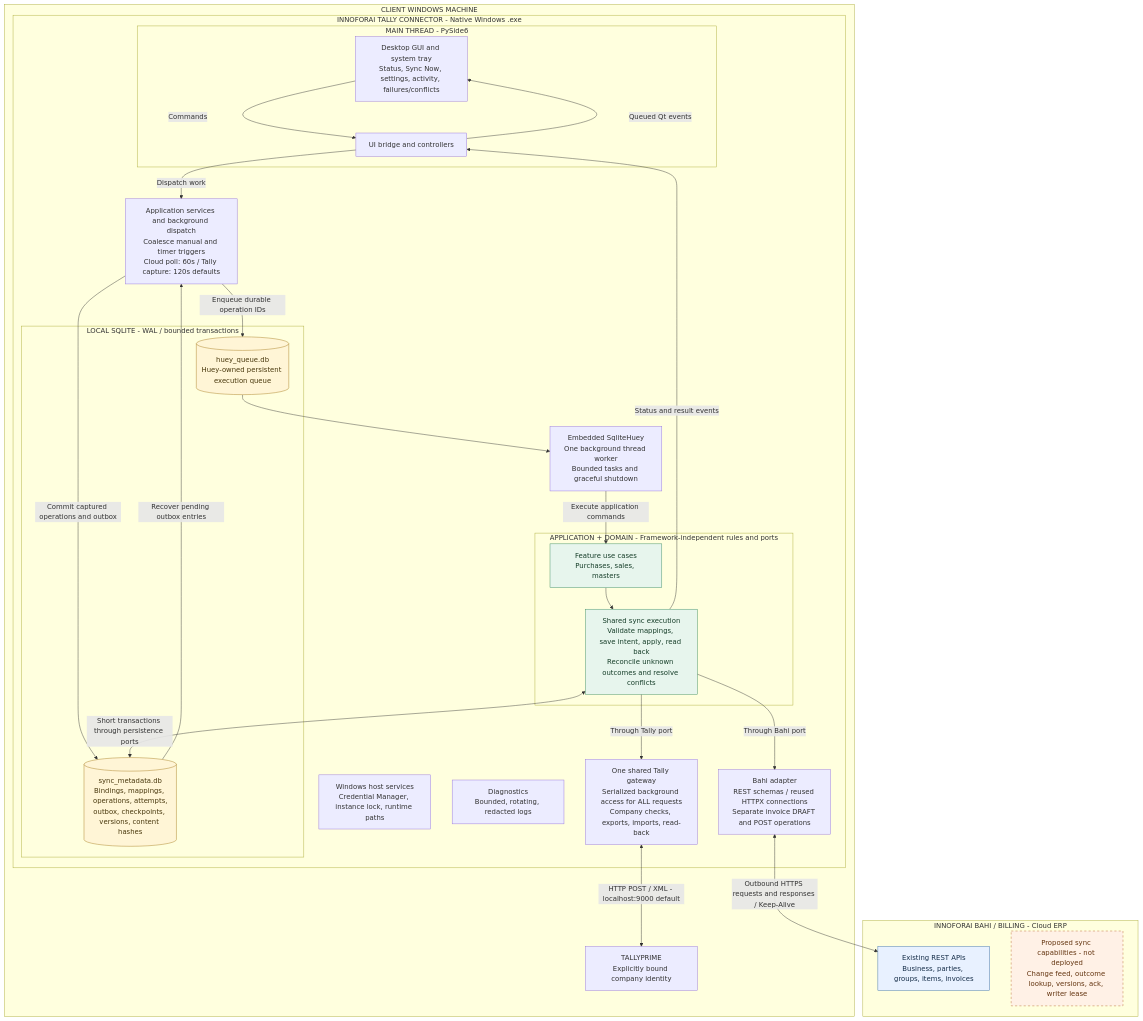
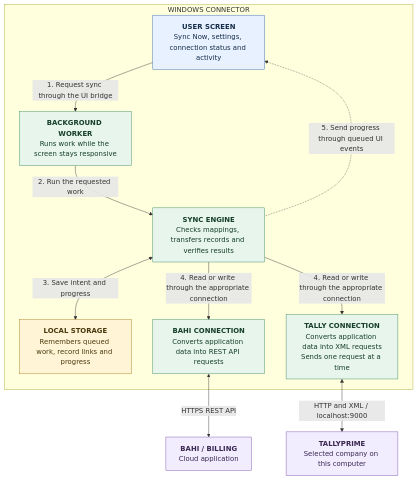
One commit to surjeetprj/tally-connector changed the second of 2 diagrams in docs/ARCHITECTURE.md. Above: the diagram before and after it, drawn with Mermaid. The commit also changed other lines of this file and 1 other file, not shown here.

First line of the commit message:
docs: simplify architecture guide for beginner developers

````diff
--- a/docs/ARCHITECTURE.md
+++ b/docs/ARCHITECTURE.md
@@ -11,63 +41,32 @@
 ```mermaid
 flowchart TB
-    subgraph cloud["INNOFORAI BAHI / BILLING - Cloud ERP"]
-        api["Existing REST APIs<br/>Business, parties, groups, items, invoices"]
-        proposed["Proposed sync capabilities - not deployed<br/>Change feed, outcome lookup, versions, ack, writer lease"]
+    subgraph connector["WINDOWS CONNECTOR"]
+        screen["<b>USER SCREEN</b><br/>Sync Now, settings, connection status and activity"]
+        worker["<b>BACKGROUND WORKER</b><br/>Runs work while the screen stays responsive"]
+        engine["<b>SYNC ENGINE</b><br/>Checks mappings, transfers records and verifies results"]
+        storage["<b>LOCAL STORAGE</b><br/>Remembers queued work, record links and progress"]
+        bahiAdapter["<b>BAHI CONNECTION</b><br/>Converts application data into REST API requests"]
+        tallyAdapter["<b>TALLY CONNECTION</b><br/>Converts application data into XML requests<br/>Sends one request at a time"]
+
+        screen -->|1. Request sync through the UI bridge| worker
+        worker -->|2. Run the requested work| engine
+        engine <-->|3. Save intent and progress| storage
+        engine -->|4. Read or write through the appropriate connection| bahiAdapter
+        engine -->|4. Read or write through the appropriate connection| tallyAdapter
+        engine -.->|5. Send progress through queued UI events| screen
     end
 
-    subgraph windows["CLIENT WINDOWS MACHINE"]
-        subgraph connector["INNOFORAI TALLY CONNECTOR - Native Windows .exe"]
-            subgraph main["MAIN THREAD - PySide6"]
-                gui["Desktop GUI and system tray<br/>Status, Sync Now, settings, activity, failures/conflicts"]
-                bridge["UI bridge and controllers"]
-                gui -->|Commands| bridge
-                bridge -->|Queued Qt events| gui
-            end
+    bahi["<b>BAHI / BILLING</b><br/>Cloud application"]
+    tally["<b>TALLYPRIME</b><br/>Selected company on this computer"]
+    bahiAdapter <-->|HTTPS REST API| bahi
+    tallyAdapter <-->|HTTP and XML / localhost:9000| tally
 
-            dispatch["Application services and background dispatch<br/>Coalesce manual and timer triggers<br/>Cloud poll: 60s / Tally capture: 120s defaults"]
-            bridge -->|Dispatch work| dispatch
-
-            subgraph storage["LOCAL SQLITE - WAL / bounded transactions"]
-                metadata[("sync_metadata.db<br/>Bindings, mappings, operations, attempts,<br/>outbox, checkpoints, versions, content hashes")]
-                queue[("huey_queue.db<br/>Huey-owned persistent execution queue")]
-            end
-
-            dispatch -->|Commit captured operations and outbox| metadata
-            metadata -->|Recover pending outbox entries| dispatch
-            dispatch -->|Enqueue durable operation IDs| queue
-            queue --> worker["Embedded SqliteHuey<br/>One background thread worker<br/>Bounded tasks and graceful shutdown"]
-
-            subgraph core["APPLICATION + DOMAIN - Framework-independent rules and ports"]
-                features["Feature use cases<br/>Purchases, sales, masters"]
-                sync["Shared sync execution<br/>Validate mappings, save intent, apply, read back<br/>Reconcile unknown outcomes and resolve conflicts"]
-                features --> sync
-            end
-
-            worker -->|Execute application commands| features
-            sync <-->|Short transactions through persistence ports| metadata
-            sync -->|Status and result events| bridge
-
-            bahi["Bahi adapter<br/>REST schemas / reused HTTPX connections<br/>Separate invoice DRAFT and POST operations"]
-            tallyGateway["One shared Tally gateway<br/>Serialized background access for ALL requests<br/>Company checks, exports, imports, read-back"]
-            sync -->|Through Bahi port| bahi
-            sync -->|Through Tally port| tallyGateway
-
-            host["Windows host services<br/>Credential Manager, instance lock, runtime paths"]
-            diagnostics["Diagnostics<br/>Bounded, rotating, redacted logs"]
-        end
-
-        tally["TALLYPRIME<br/>Explicitly bound company identity"]
-        tallyGateway <-->|HTTP POST / XML - localhost:9000 default| tally
-    end
-
-    bahi <-->|Outbound HTTPS requests and responses / Keep-Alive| api
-
-    classDef cloudStyle fill:#e8f1ff,stroke:#3268a8,color:#162e49;
+    classDef screenStyle fill:#e8f1ff,stroke:#3268a8,color:#162e49;
+    classDef workStyle fill:#e7f5ed,stroke:#33865a,color:#163e29;
     classDef storageStyle fill:#fff5d6,stroke:#a57919,color:#49380d;
-    classDef coreStyle fill:#e7f5ed,stroke:#33865a,color:#163e29;
-    classDef proposedStyle fill:#fff1e6,stroke:#b56628,stroke-dasharray:5 5,color:#643510;
-    class api cloudStyle;
-    class proposed proposedStyle;
-    class metadata,queue storageStyle;
-    class features,sync coreStyle;
+    classDef externalStyle fill:#f2ecff,stroke:#7953ad,color:#392750;
+    class screen screenStyle;
+    class worker,engine,bahiAdapter,tallyAdapter workStyle;
+    class storage storageStyle;
+    class bahi,tally externalStyle;
 ```
````
